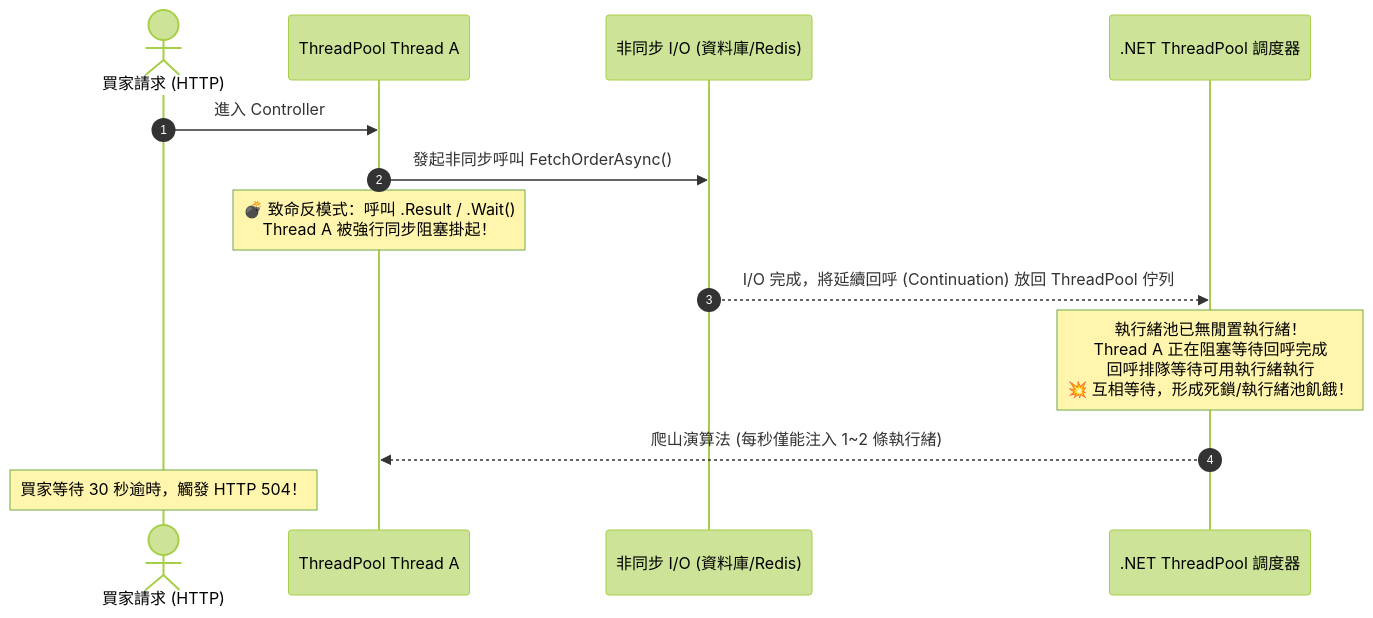
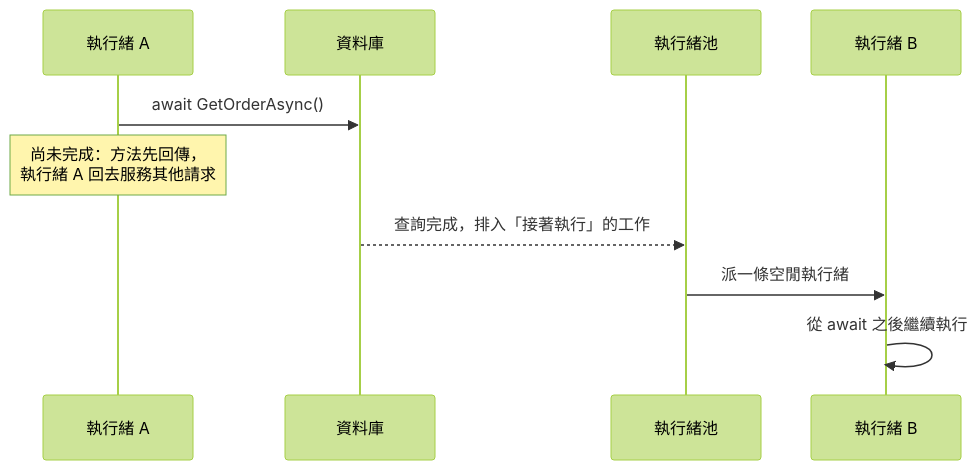
Before and after one commit to RayLiu1999/Wiki: the diagram in src/content/docs/languages/csharp/async-await.md, drawn with Mermaid (forest theme). The commit also changed other lines of this file and 8 other files, not shown here.

````diff
--- a/src/content/docs/languages/csharp/async-await.md
+++ b/src/content/docs/languages/csharp/async-await.md
@@ -35,16 +39,12 @@
 ```mermaid
 sequenceDiagram
-    autonumber
-    actor Client as 買家請求 (HTTP)
-    participant ThreadA as ThreadPool Thread A
-    participant AsyncOp as 非同步 I/O (資料庫/Redis)
-    participant Pool as .NET ThreadPool 調度器
-
-    Client->>ThreadA: 進入 Controller
-    ThreadA->>AsyncOp: 發起非同步呼叫 FetchOrderAsync()
-    Note over ThreadA: 💣 致命反模式：呼叫 .Result / .Wait()<br/>Thread A 被強行同步阻塞掛起！
-    AsyncOp-->>Pool: I/O 完成，將延續回呼 (Continuation) 放回 ThreadPool 佇列
-    Note over Pool: 執行緒池已無閒置執行緒！<br/>Thread A 正在阻塞等待回呼完成<br/>回呼排隊等待可用執行緒執行<br/>💥 互相等待，形成死鎖/執行緒池飢餓！
-    Pool-->>ThreadA: 爬山演算法 (每秒僅能注入 1~2 條執行緒)
-    Note over Client: 買家等待 30 秒逾時，觸發 HTTP 504！
+    participant T1 as 執行緒 A
+    participant DB as 資料庫
+    participant Pool as 執行緒池
+    participant T2 as 執行緒 B
+    T1->>DB: await GetOrderAsync()
+    Note over T1: 尚未完成：方法先回傳，<br/>執行緒 A 回去服務其他請求
+    DB-->>Pool: 查詢完成，排入「接著執行」的工作
+    Pool->>T2: 派一條空閒執行緒
+    T2->>T2: 從 await 之後繼續執行
 ```
````
